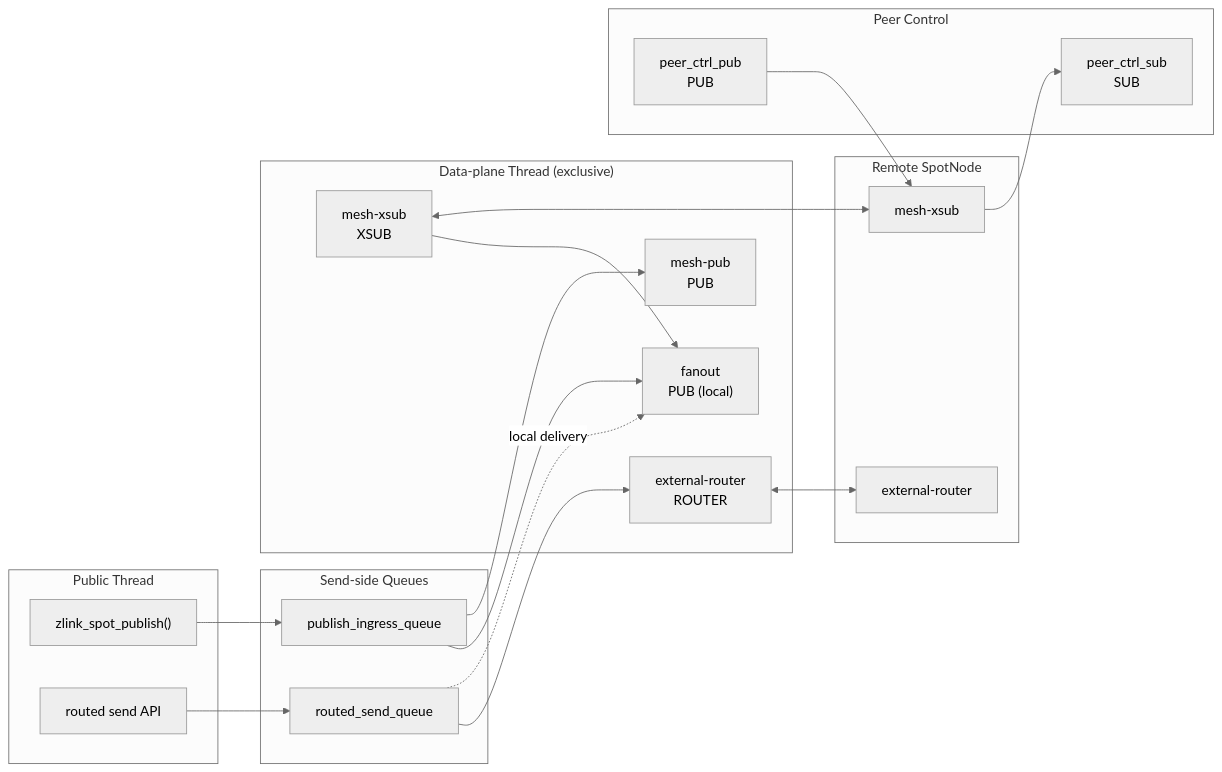
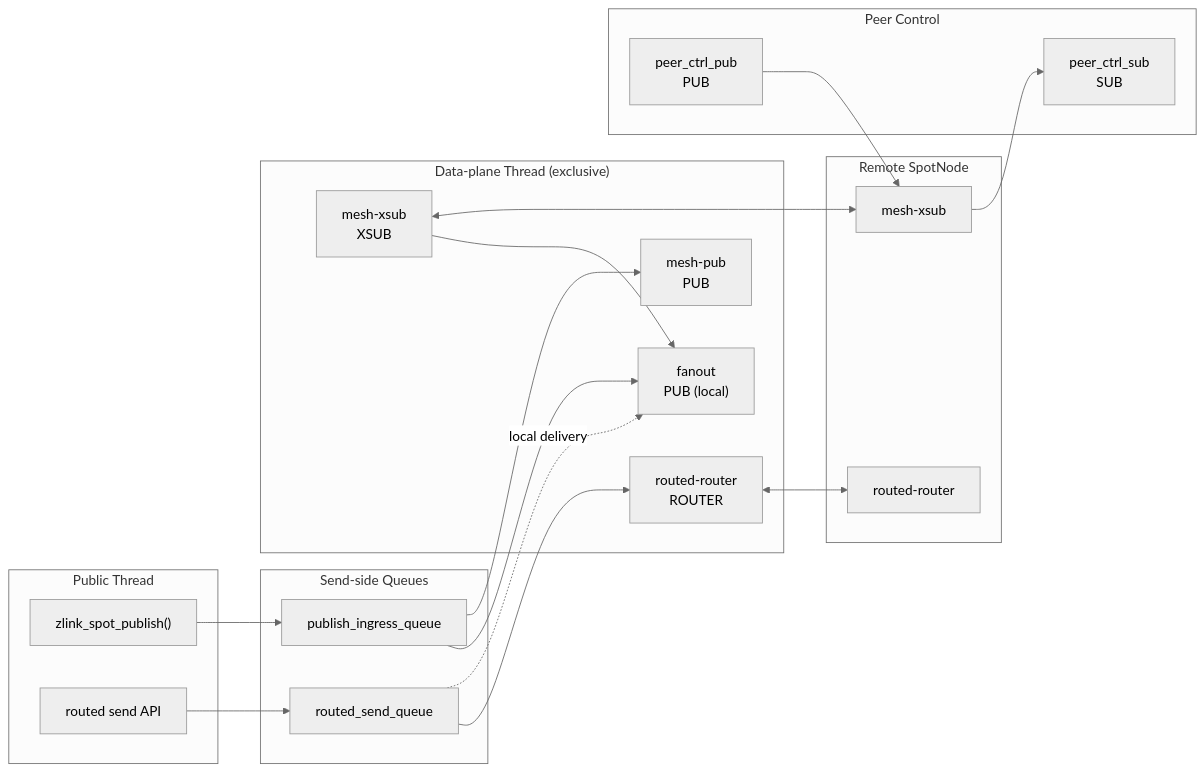
The second of 12 diagrams in core/doc/internals/spot-internals.md (kairos-code-dev/zlink), drawn with Mermaid (neutral theme) before and after one commit. The commit also changed other lines of this file and 107 other files, not shown here.

````diff
--- a/core/doc/internals/spot-internals.md
+++ b/core/doc/internals/spot-internals.md
@@ -146,41 +146,41 @@
 ```mermaid
 flowchart LR
     subgraph PublicPath["Public Thread"]
         pub_api["zlink_spot_publish()"]
         route_api["routed send API"]
     end
 
     subgraph SendQueues["Send-side Queues"]
         piq["publish_ingress_queue"]
         rsq["routed_send_queue"]
     end
 
     subgraph DataPlane["Data-plane Thread (exclusive)"]
         fanout["fanout<br/>PUB (local)"]
         mesh_pub["mesh-pub<br/>PUB"]
         mesh_xsub["mesh-xsub<br/>XSUB"]
-        external_router["external-router<br/>ROUTER"]
+        external_router["routed-router<br/>ROUTER"]
     end
 
     subgraph ControlPlane["Peer Control"]
         peer_ctrl_pub["peer_ctrl_pub<br/>PUB"]
         peer_ctrl_sub["peer_ctrl_sub<br/>SUB"]
     end
 
     subgraph RemoteNode["Remote SpotNode"]
         remote_mesh["mesh-xsub"]
-        remote_router["external-router"]
+        remote_router["routed-router"]
     end
 
     pub_api --> piq
     route_api --> rsq
     piq --> fanout
     piq --> mesh_pub
     rsq --> external_router
     rsq -.->|local delivery| fanout
     mesh_xsub --> fanout
     mesh_xsub <--> remote_mesh
     external_router <--> remote_router
     peer_ctrl_pub --> remote_mesh
     remote_mesh --> peer_ctrl_sub
 ```
````
